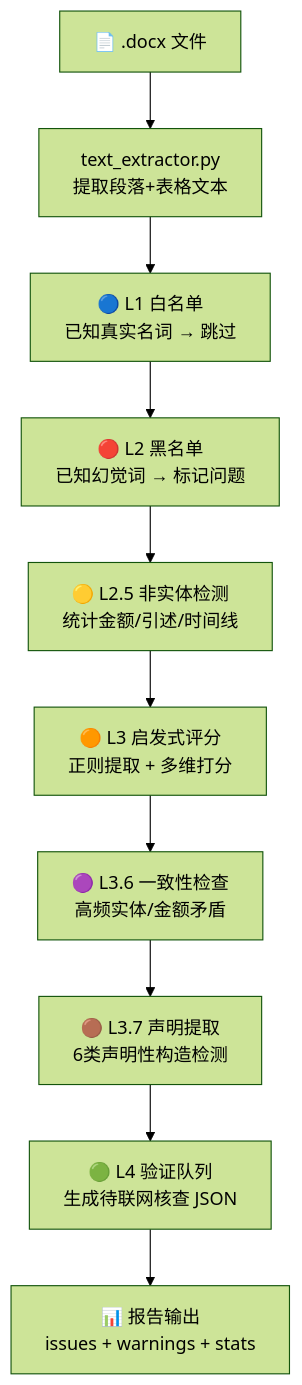
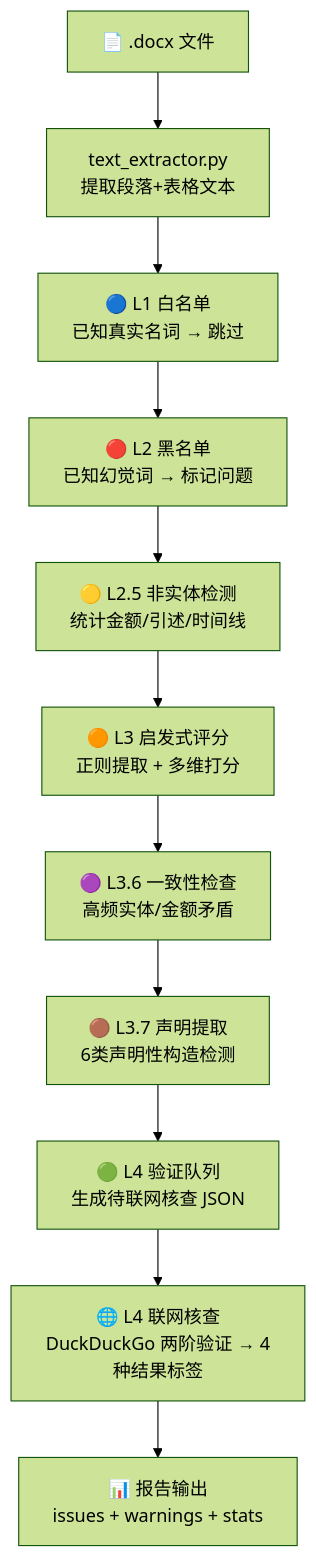
The first of 2 diagrams in docs/architecture.md (Virukicy/GEHD), drawn with Mermaid (forest theme) before and after one commit. The commit also changed other lines of this file and 2 other files, not shown here.

````diff
--- a/docs/architecture.md
+++ b/docs/architecture.md
@@ -87,12 +88,13 @@
 ```mermaid
 flowchart TD
     INPUT["📄 .docx 文件"] --> EXTRACT["text_extractor.py<br/>提取段落+表格文本"]
     EXTRACT --> L1["🔵 L1 白名单<br/>已知真实名词 → 跳过"]
     L1 --> L2["🔴 L2 黑名单<br/>已知幻觉词 → 标记问题"]
     L2 --> L25["🟡 L2.5 非实体检测<br/>统计金额/引述/时间线"]
     L25 --> L3["🟠 L3 启发式评分<br/>正则提取 + 多维打分"]
     L3 --> L36["🟣 L3.6 一致性检查<br/>高频实体/金额矛盾"]
     L36 --> L37["🟤 L3.7 声明提取<br/>6类声明性构造检测"]
     L37 --> L4["🟢 L4 验证队列<br/>生成待联网核查 JSON"]
-    L4 --> OUTPUT["📊 报告输出<br/>issues + warnings + stats"]
+    L4 --> WEB["🌐 L4 联网核查<br/>DuckDuckGo 两阶验证 → 4种结果标签"]
+    WEB --> OUTPUT["📊 报告输出<br/>issues + warnings + stats"]
 ```
````
